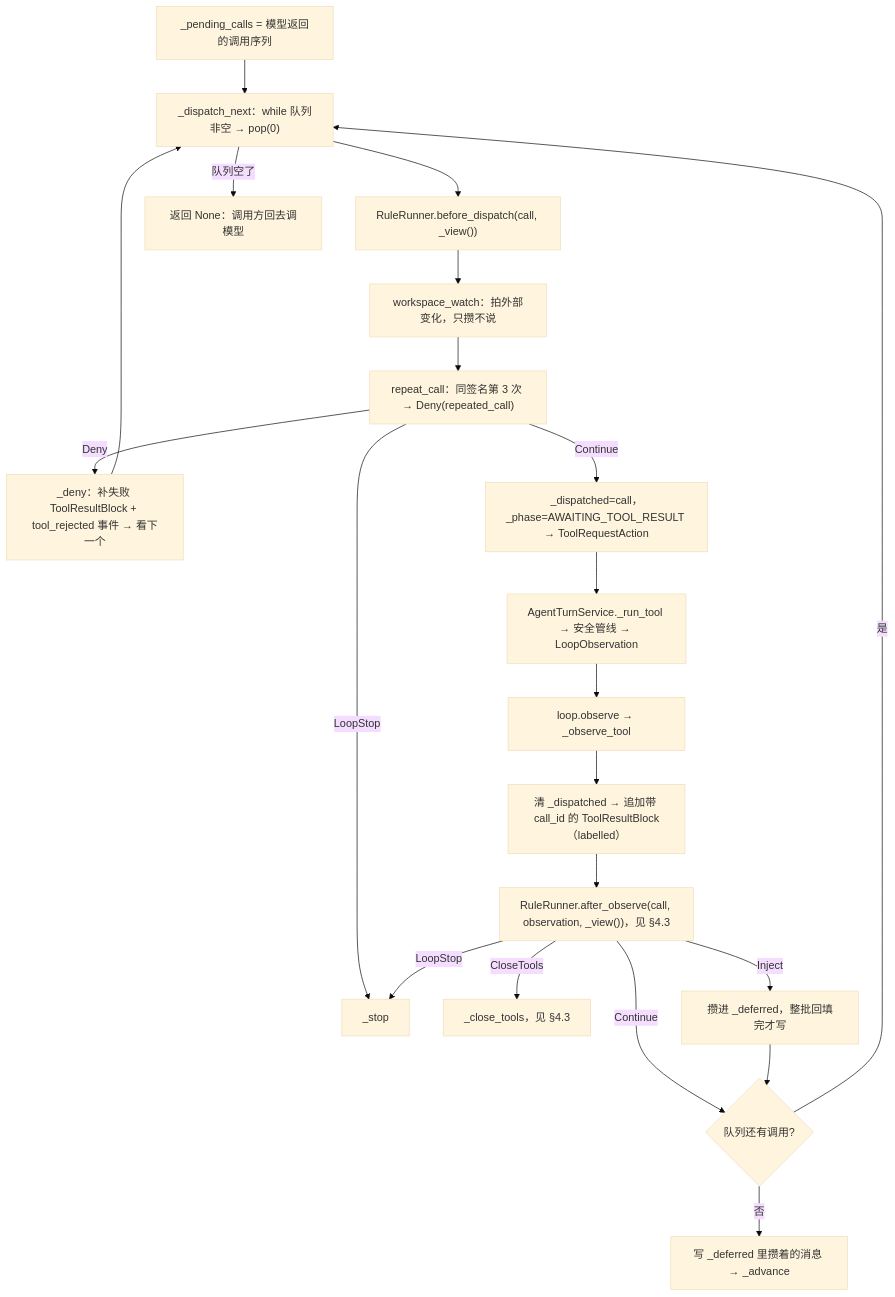
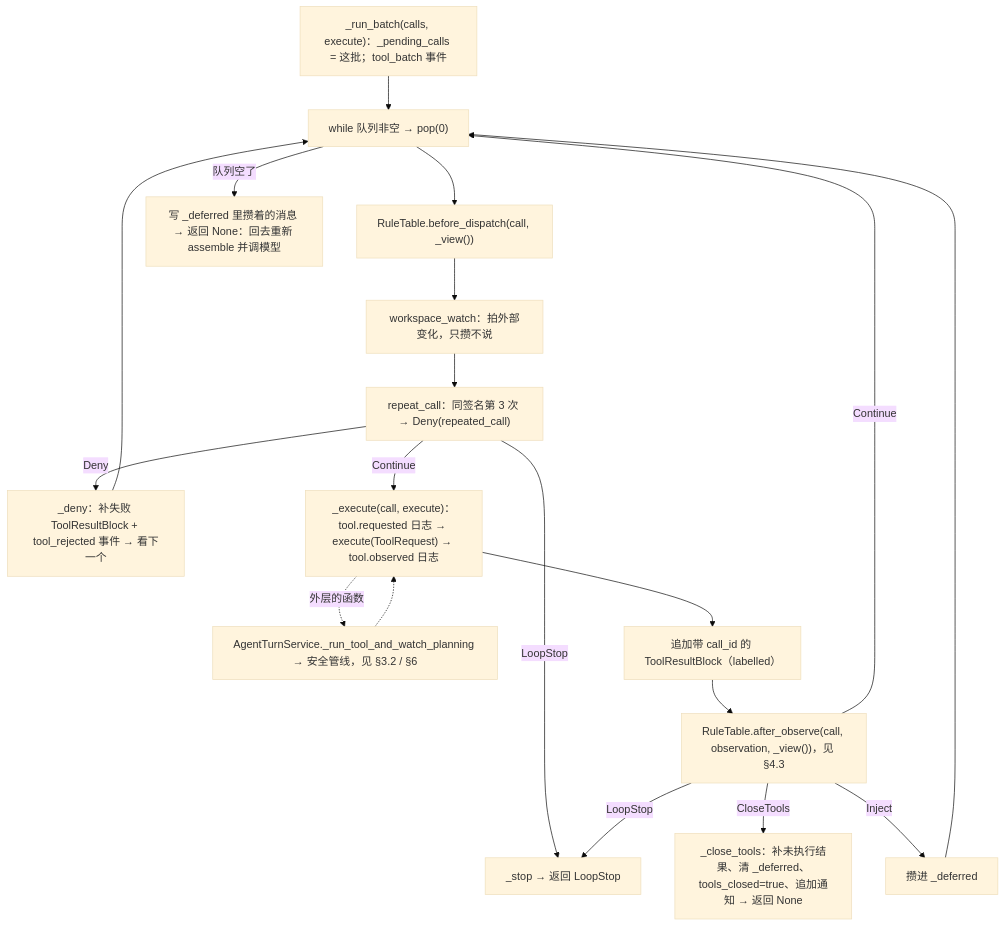
Before and after one commit to qubaolai/ForgeCLI: diagram 11 of 54 in docs/06-代码阅读线路.md, drawn with Mermaid (base theme). The commit also changed other lines of this file and 59 other files, not shown here.

````diff
--- a/docs/06-代码阅读线路.md
+++ b/docs/06-代码阅读线路.md
@@ -493,23 +514,21 @@
 ```mermaid
 flowchart TD
-    A["_pending_calls = 模型返回的调用序列"] --> B["_dispatch_next：while 队列非空 → pop(0)"]
-    B --> C["RuleRunner.before_dispatch(call, _view())"]
+    A["_run_batch(calls, execute)：_pending_calls = 这批；tool_batch 事件"] --> B["while 队列非空 → pop(0)"]
+    B --> C["RuleTable.before_dispatch(call, _view())"]
     C --> C1["workspace_watch：拍外部变化，只攒不说"]
     C1 --> C2["repeat_call：同签名第 3 次 → Deny(repeated_call)"]
     C2 -->|Deny| D["_deny：补失败 ToolResultBlock + tool_rejected 事件 → 看下一个"]
     D --> B
-    C2 -->|LoopStop| E["_stop"]
-    C2 -->|Continue| F["_dispatched=call，_phase=AWAITING_TOOL_RESULT → ToolRequestAction"]
-    B -->|队列空了| G["返回 None：调用方回去调模型"]
-    F --> H["AgentTurnService._run_tool → 安全管线 → LoopObservation"]
-    H --> I["loop.observe → _observe_tool"]
-    I --> J["清 _dispatched → 追加带 call_id 的 ToolResultBlock（labelled）"]
-    J --> K["RuleRunner.after_observe(call, observation, _view())，见 §4.3"]
-    K -->|LoopStop| E
-    K -->|CloseTools| L["_close_tools，见 §4.3"]
-    K -->|Inject| M["攒进 _deferred，整批回填完才写"]
-    K -->|Continue| N{"队列还有调用?"}
-    M --> N
-    N -->|是| B
-    N -->|否| O["写 _deferred 里攒着的消息 → _advance"]
+    C2 -->|LoopStop| E["_stop → 返回 LoopStop"]
+    C2 -->|Continue| F["_execute(call, execute)：tool.requested 日志 → execute(ToolRequest) → tool.observed 日志"]
+    F -.->|外层的函数| G["AgentTurnService._run_tool_and_watch_planning → 安全管线，见 §3.2 / §6"]
+    G -.-> F
+    F --> H["追加带 call_id 的 ToolResultBlock（labelled）"]
+    H --> I["RuleTable.after_observe(call, observation, _view())，见 §4.3"]
+    I -->|LoopStop| E
+    I -->|CloseTools| J["_close_tools：补未执行结果、清 _deferred、tools_closed=true、追加通知 → 返回 None"]
+    I -->|Inject| K["攒进 _deferred"]
+    I -->|Continue| B
+    K --> B
+    B -->|队列空了| L["写 _deferred 里攒着的消息 → 返回 None：回去重新 assemble 并调模型"]
 ```
````
